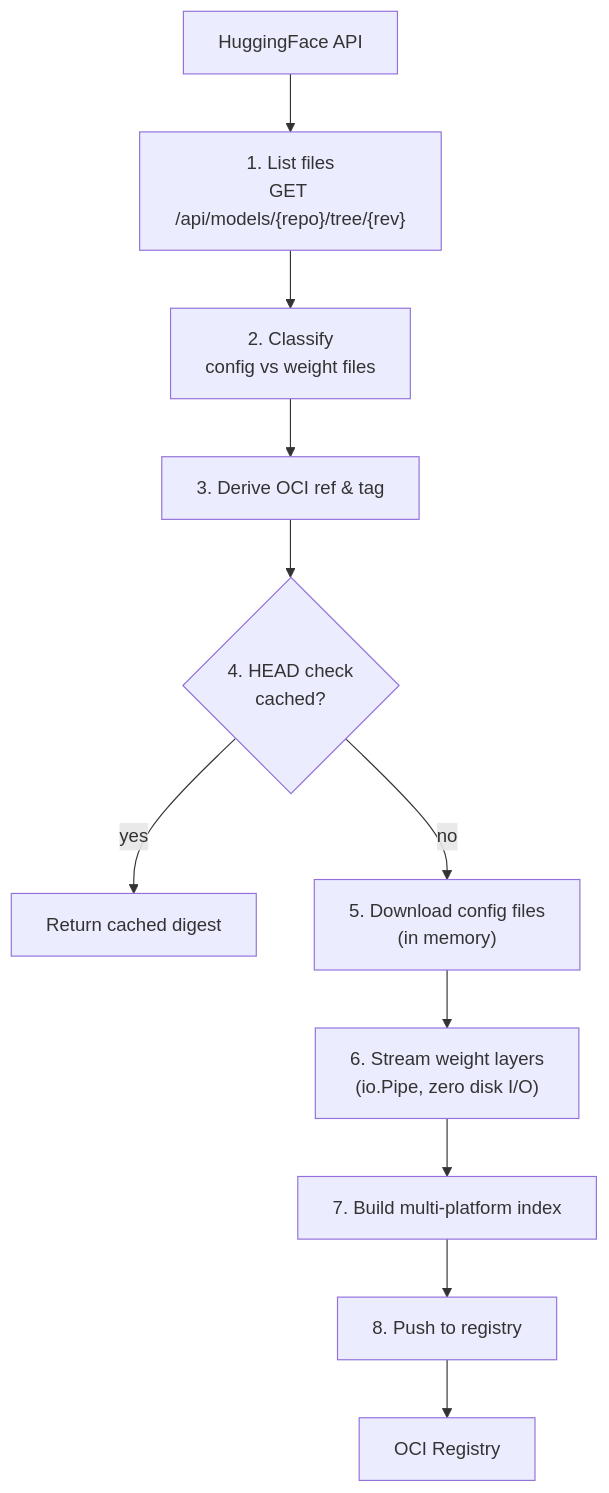
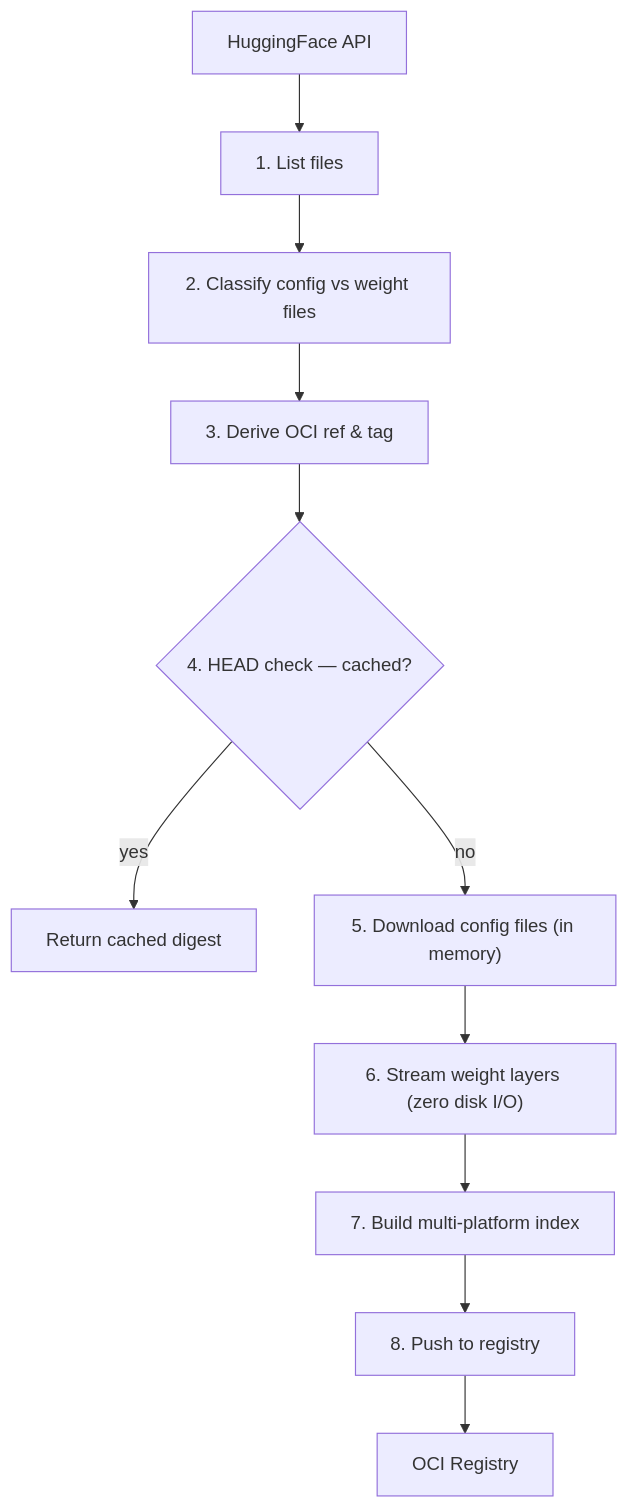
The first of 2 diagrams in tools/hf2oci/README.md (jomcgi/homelab), drawn with Mermaid before and after one commit.

Commit message:
fix(readme): clarify flowchart steps for model processing

````diff
--- a/tools/hf2oci/README.md
+++ b/tools/hf2oci/README.md
@@ -33,13 +33,13 @@
 ```mermaid
 flowchart TD
-    HF["HuggingFace API"] --> List["1. List files\nGET /api/models/{repo}/tree/{rev}"]
-    List --> Classify["2. Classify\nconfig vs weight files"]
+    HF["HuggingFace API"] --> List["1. List files"]
+    List --> Classify["2. Classify config vs weight files"]
     Classify --> Derive["3. Derive OCI ref & tag"]
-    Derive --> Cache{"4. HEAD check\ncached?"}
+    Derive --> Cache{"4. HEAD check — cached?"}
     Cache -- "yes" --> Hit["Return cached digest"]
-    Cache -- "no" --> Config["5. Download config files\n(in memory)"]
-    Config --> Stream["6. Stream weight layers\n(io.Pipe, zero disk I/O)"]
+    Cache -- "no" --> Config["5. Download config files (in memory)"]
+    Config --> Stream["6. Stream weight layers (zero disk I/O)"]
     Stream --> Build["7. Build multi-platform index"]
     Build --> Push["8. Push to registry"]
     Push --> Reg["OCI Registry"]
 ```
````
